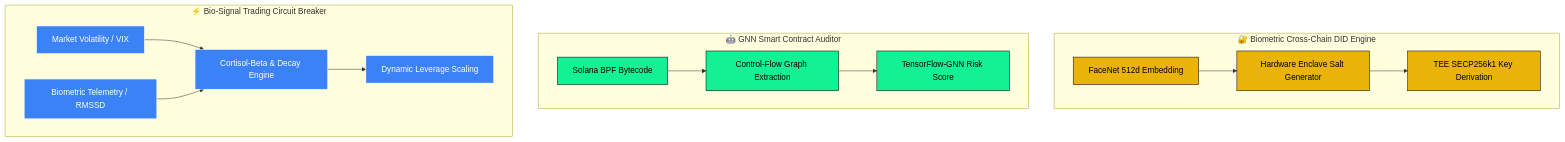
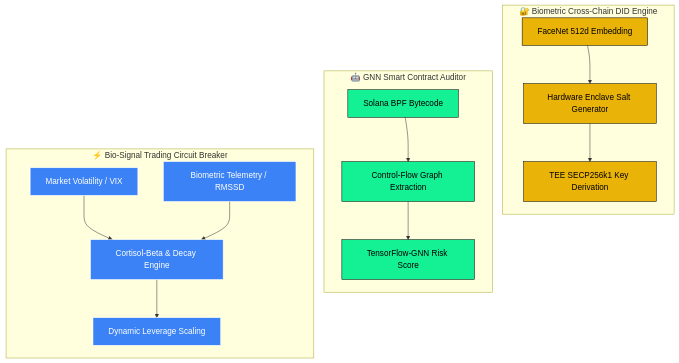
Before and after one commit to pikum06/pikum06: the diagram in README.md, drawn with Mermaid.

Commit message:
Enhance diagram layout in README
Added force left-to-right layout ordering for diagram.

````diff
--- a/README.md
+++ b/README.md
@@ -49,30 +49,33 @@
 ```mermaid
 graph TD
     subgraph P1 ["🔐 Biometric Cross-Chain DID Engine"]
         A1[FaceNet 512d Embedding] --> B1[Hardware Enclave Salt Generator] --> C1[TEE SECP256k1 Key Derivation]
     end
 
     subgraph P2 ["🤖 GNN Smart Contract Auditor"]
         A2[Solana BPF Bytecode] --> B2[Control-Flow Graph Extraction] --> C2[TensorFlow-GNN Risk Score]
     end
 
     subgraph P3 ["⚡ Bio-Signal Trading Circuit Breaker"]
         A3[Market Volatility / VIX] & A4[Biometric Telemetry / RMSSD] --> B3[Cortisol-Beta & Decay Engine] --> C3[Dynamic Leverage Scaling]
     end
+
+    %% Force Left-to-Right horizontal layout ordering
+    A1 ~~~ A2 ~~~ A3
 
     %% 🟡 1st: Biometric Cross-Chain DID Engine (Yellow)
     style A1 fill:#eab308,stroke:#000,color:#000
     style B1 fill:#eab308,stroke:#000,color:#000
     style C1 fill:#eab308,stroke:#000,color:#000
 
     %% 🟢 2nd: GNN Smart Contract Auditor (Green)
     style A2 fill:#14f195,stroke:#000,color:#000
     style B2 fill:#14f195,stroke:#000,color:#000
     style C2 fill:#14f195,stroke:#000,color:#000
 
     %% 🔵 3rd: Bio-Signal Circuit Breaker (Blue)
     style A3 fill:#3b82f6,stroke:#fff,color:#fff
     style A4 fill:#3b82f6,stroke:#fff,color:#fff
     style B3 fill:#3b82f6,stroke:#fff,color:#fff
     style C3 fill:#3b82f6,stroke:#fff,color:#fff
 ```
````
